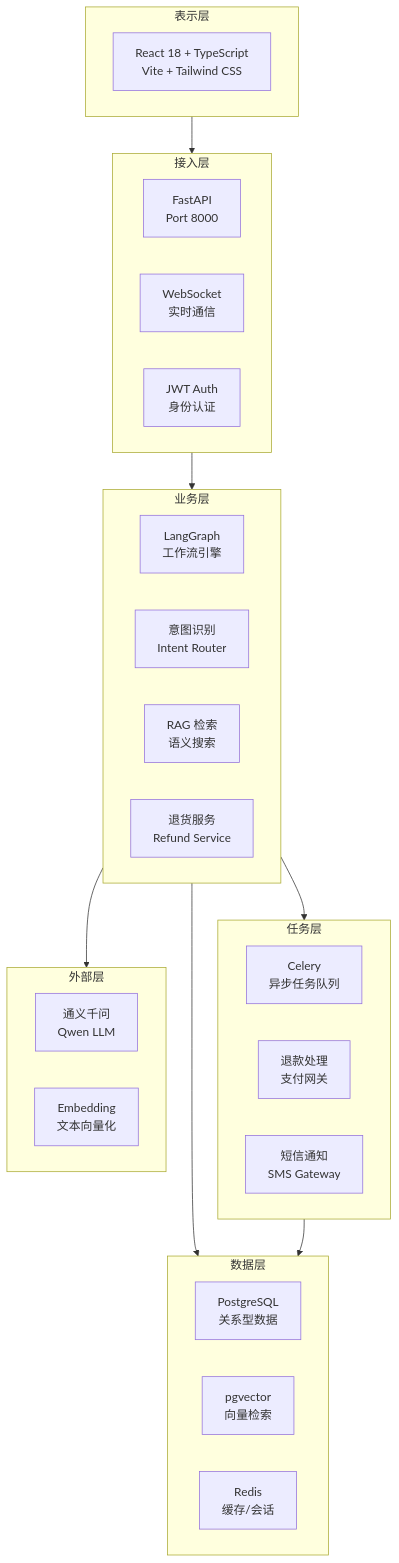
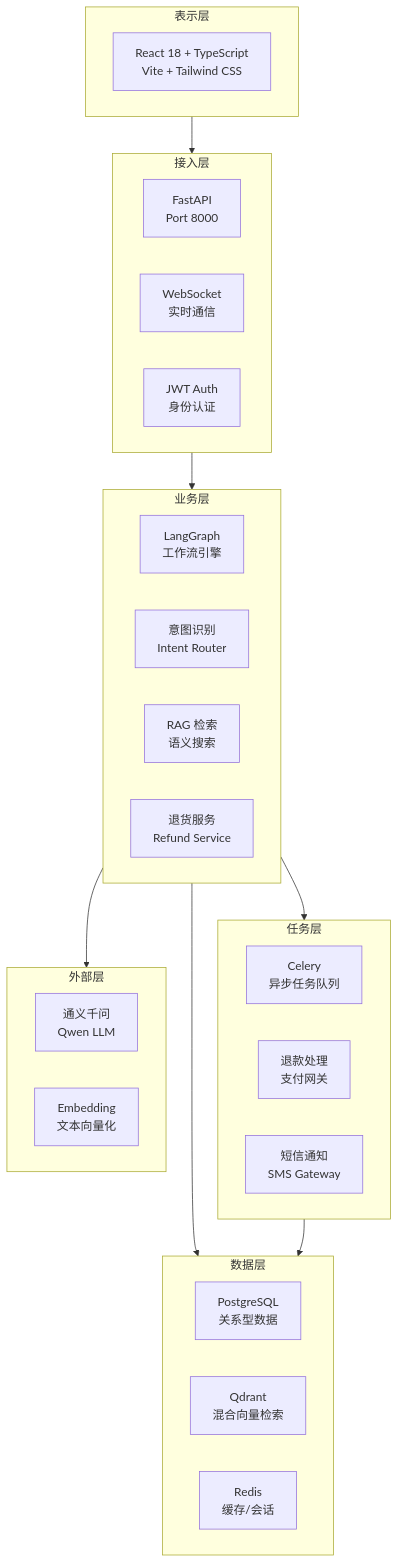
One commit to Mr-ZeLong/E-commerce-Smart-Agent changed the seventh of 8 diagrams in architecture.md. Above: the diagram before and after it, drawn with Mermaid. The commit also changed other lines of this file and 3 other files, not shown here.

````diff
--- a/architecture.md
+++ b/architecture.md
@@ -348,43 +351,43 @@
 ```mermaid
 flowchart TB
     subgraph Layer1["表示层"]
         F1["React 18 + TypeScript<br/>Vite + Tailwind CSS"]
     end
 
     subgraph Layer2["接入层"]
         A1["FastAPI<br/>Port 8000"]
         A2["WebSocket<br/>实时通信"]
         A3["JWT Auth<br/>身份认证"]
     end
 
     subgraph Layer3["业务层"]
         B1["LangGraph<br/>工作流引擎"]
         B2["意图识别<br/>Intent Router"]
         B3["RAG 检索<br/>语义搜索"]
         B4["退货服务<br/>Refund Service"]
     end
 
     subgraph Layer4["任务层"]
         T1["Celery<br/>异步任务队列"]
         T2["退款处理<br/>支付网关"]
         T3["短信通知<br/>SMS Gateway"]
     end
 
     subgraph Layer5["数据层"]
         D1["PostgreSQL<br/>关系型数据"]
-        D2["pgvector<br/>向量检索"]
+        D2["Qdrant<br/>混合向量检索"]
         D3["Redis<br/>缓存/会话"]
     end
 
     subgraph Layer6["外部层"]
         E1["通义千问<br/>Qwen LLM"]
         E2["Embedding<br/>文本向量化"]
     end
 
     Layer1 --> Layer2
     Layer2 --> Layer3
     Layer3 --> Layer4
     Layer3 --> Layer5
     Layer4 --> Layer5
     Layer3 --> Layer6
 ```
````
